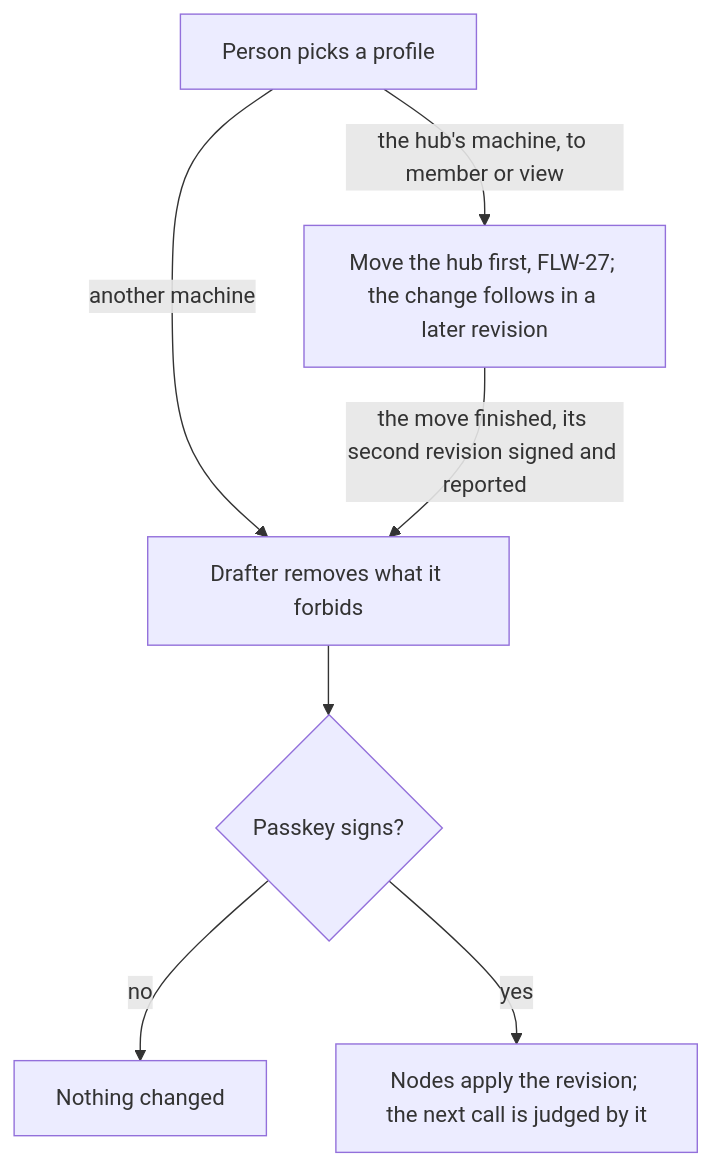
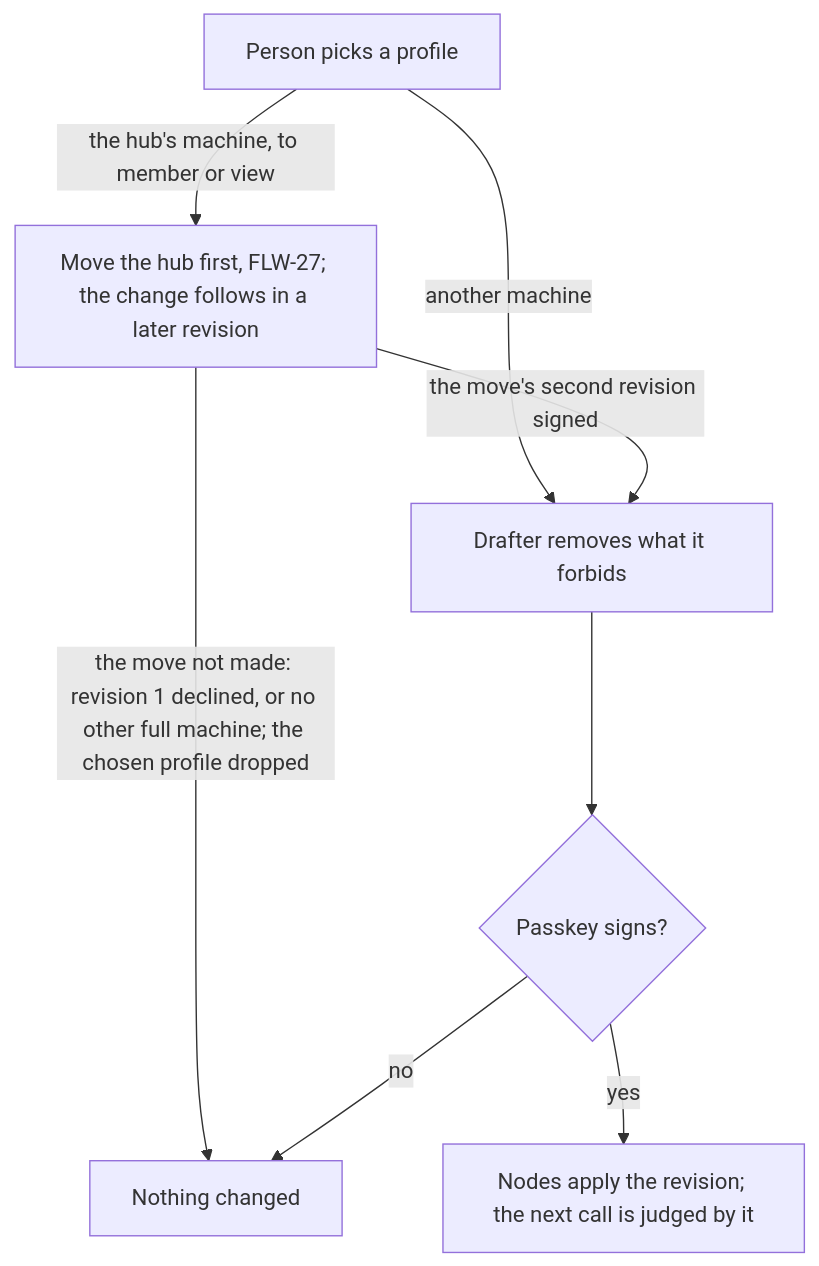
Diagram 26 of 34 in docs/ux/flows.md (passioncode-ai/fabric-agent-contract), drawn with Mermaid before and after one commit. The commit also changed other lines of this file and 6 other files, not shown here.

First line of the commit message:
CT-172: round-25 product finding (FLW-26's kept profile change) and its risks

````diff
--- a/docs/ux/flows.md
+++ b/docs/ux/flows.md
@@ -643,9 +643,10 @@
 ```mermaid
 flowchart TD
   P[Person picks a profile] -->|another machine| D[Drafter removes what it forbids]
   P -->|the hub's machine, to member or view| H[Move the hub first, FLW-27; the change follows in a later revision]
-  H -->|the move finished, its second revision signed and reported| D
+  H -->|the move's second revision signed| D
+  H -->|the move not made: revision 1 declined, or no other full machine; the chosen profile dropped| N
   D --> G{Passkey signs?}
   G -->|no| N[Nothing changed]
   G -->|yes| A[Nodes apply the revision; the next call is judged by it]
 ```
````
